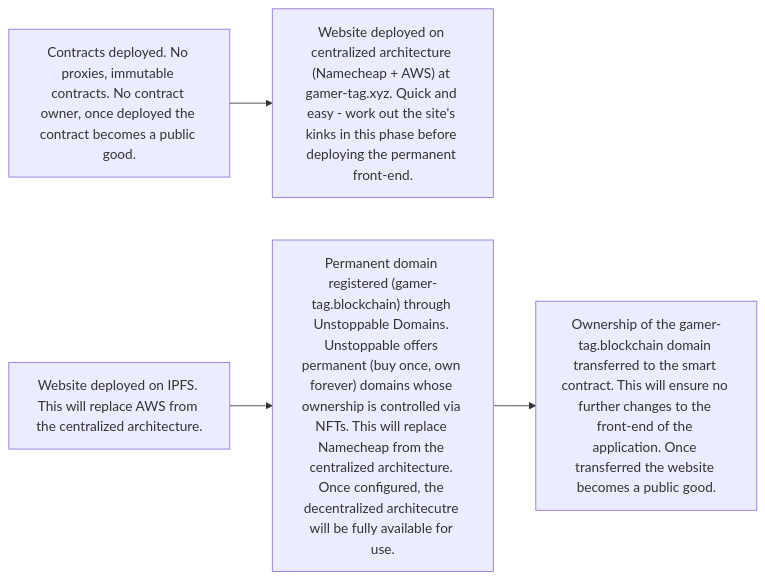
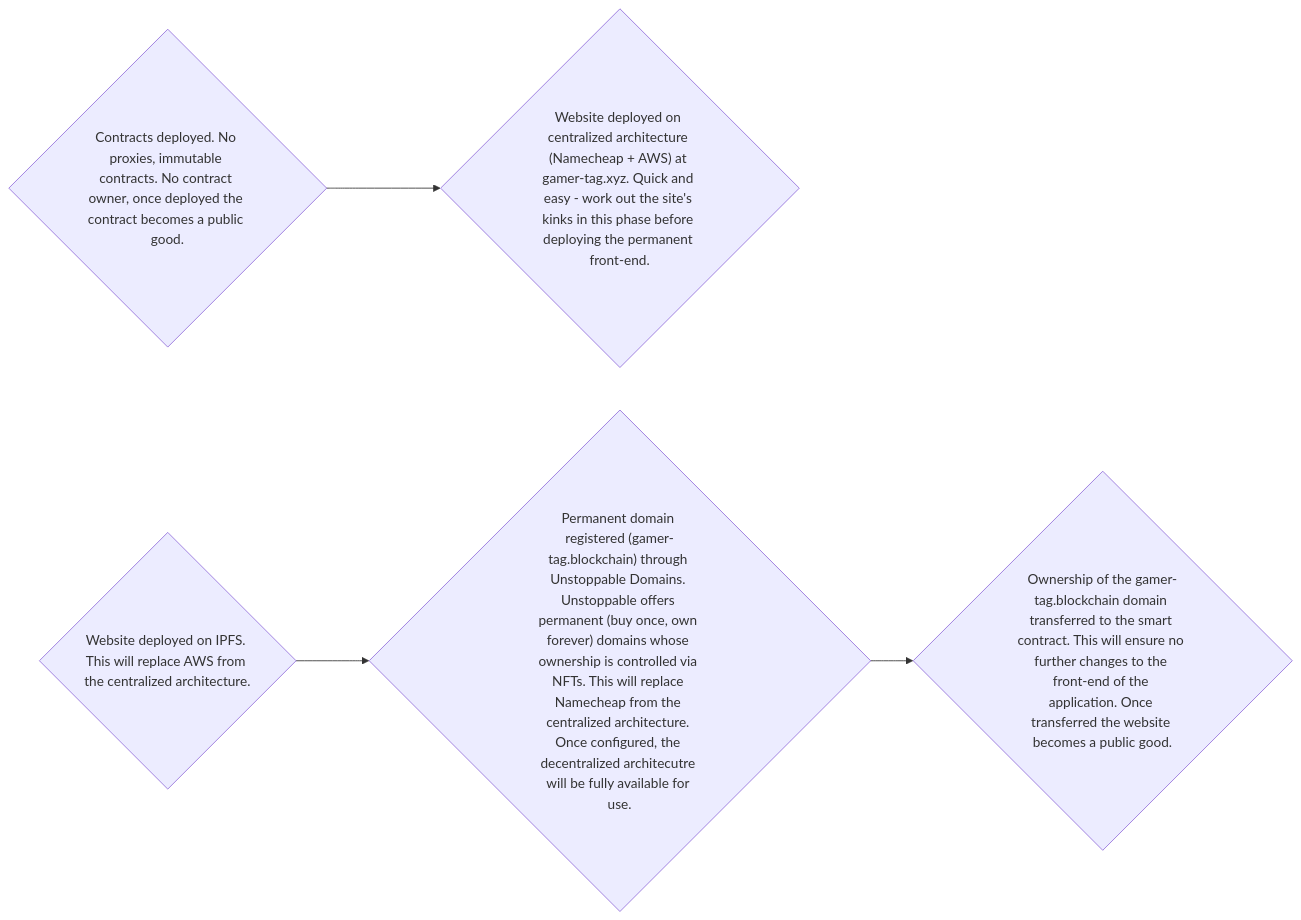
One commit to TerryJHarrison/gamer-tag changed the diagram in README.md. Above: the diagram before and after it, drawn with Mermaid.

Commit message:
Update flowchart

````diff
--- a/README.md
+++ b/README.md
@@ -9,10 +9,10 @@
 ```mermaid
 flowchart LR
-	A["Contracts deployed. No proxies, immutable contracts. No contract owner, once deployed the contract becomes a public good."]
-	B["Website deployed on centralized architecture (Namecheap + AWS) at gamer-tag.xyz. Quick and easy - work out the site's kinks in this phase before deploying the permanent front-end."]
-	C["Website deployed on IPFS. This will replace AWS from the centralized architecture."]
-	D["Permanent domain registered (gamer-tag.blockchain) through Unstoppable Domains. Unstoppable offers permanent (buy once, own forever) domains whose ownership is controlled via NFTs. This will replace Namecheap from the centralized architecture. Once configured, the decentralized architecutre will be fully available for use."]
-	E["Ownership of the gamer-tag.blockchain domain transferred to the smart contract. This will ensure no further changes to the front-end of the application. Once transferred the website becomes a public good."]
+	A{"Contracts deployed. No proxies, immutable contracts. No contract owner, once deployed the contract becomes a public good."}
+	B{"Website deployed on centralized architecture (Namecheap + AWS) at gamer-tag.xyz. Quick and easy - work out the site's kinks in this phase before deploying the permanent front-end."}
+	C{"Website deployed on IPFS. This will replace AWS from the centralized architecture."}
+	D{"Permanent domain registered (gamer-tag.blockchain) through Unstoppable Domains. Unstoppable offers permanent (buy once, own forever) domains whose ownership is controlled via NFTs. This will replace Namecheap from the centralized architecture. Once configured, the decentralized architecutre will be fully available for use."}
+	E{"Ownership of the gamer-tag.blockchain domain transferred to the smart contract. This will ensure no further changes to the front-end of the application. Once transferred the website becomes a public good."}
 	A --> B
 	C --> D --> E 
 ```
````
